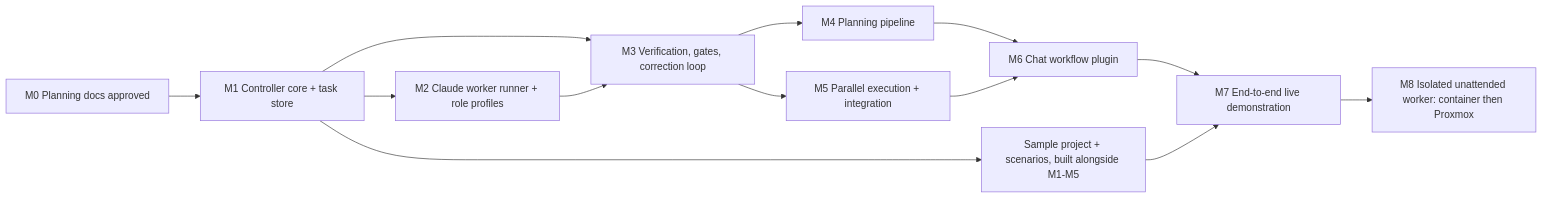
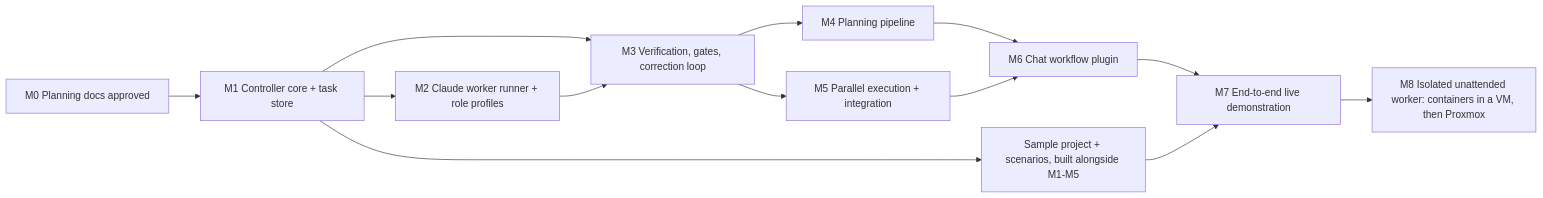
Before and after one commit to Rockhelljumper/Engineering-Orchestrator: the second of 2 diagrams in docs/03-dependency-map.md, drawn with Mermaid. The commit also changed other lines of this file and 9 other files, not shown here.

````diff
--- a/docs/03-dependency-map.md
+++ b/docs/03-dependency-map.md
@@ -68,15 +68,15 @@
 ```mermaid
 flowchart LR
   M0[M0 Planning docs approved] --> M1[M1 Controller core + task store]
   M1 --> M2[M2 Claude worker runner + role profiles]
   M1 --> M3[M3 Verification, gates, correction loop]
   M2 --> M3
   M3 --> M4[M4 Planning pipeline]
   M3 --> M5[M5 Parallel execution + integration]
   M4 --> M6[M6 Chat workflow plugin]
   M5 --> M6
   M1 --> SP[Sample project + scenarios, built alongside M1-M5]
   M6 --> M7[M7 End-to-end live demonstration]
   SP --> M7
-  M7 --> M8[M8 Isolated unattended worker: container then Proxmox]
+  M7 --> M8[M8 Isolated unattended worker: containers in a VM, then Proxmox]
 ```
````
